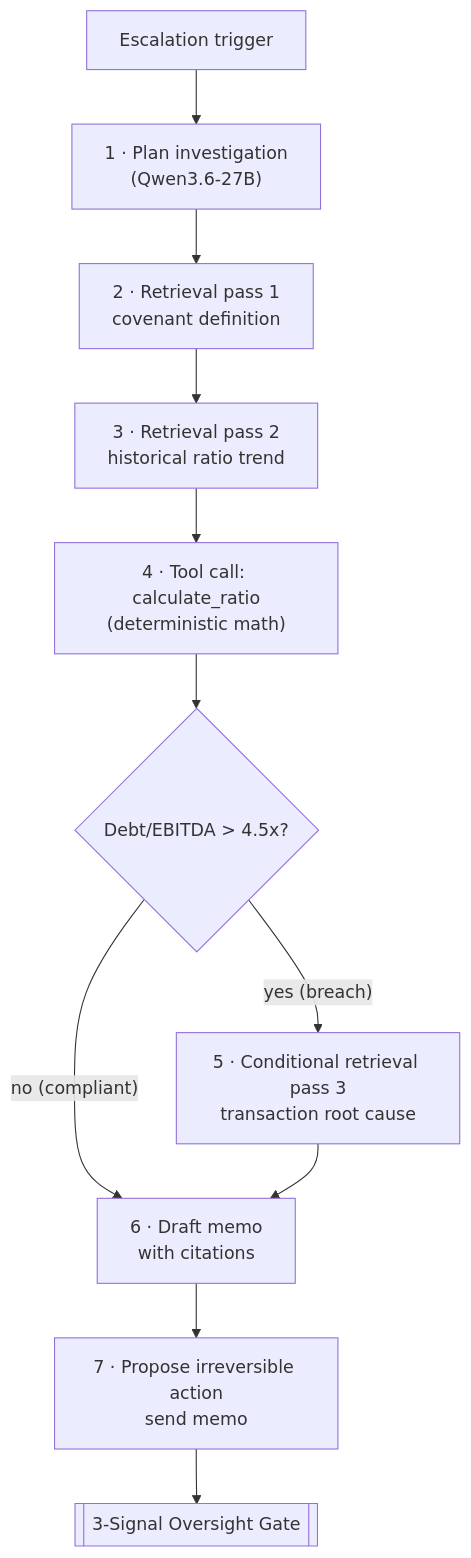
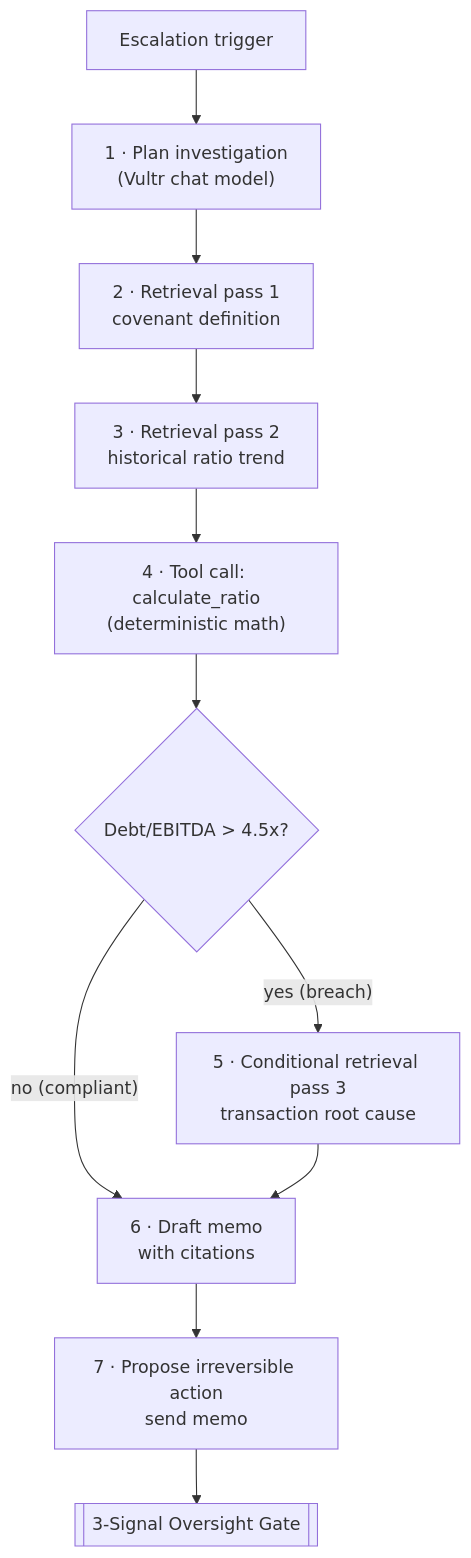
Before and after one commit to knarayanareddy/Sentinel: the first of 4 diagrams in README.md, drawn with Mermaid. The commit also changed other lines of this file and 3 other files, not shown here.

````diff
--- a/README.md
+++ b/README.md
@@ -22,13 +28,13 @@
 ```mermaid
 flowchart TD
-    T[Escalation trigger] --> P["1 · Plan investigation<br/>(Qwen3.6-27B)"]
+    T[Escalation trigger] --> P["1 · Plan investigation<br/>(Vultr chat model)"]
     P --> R1["2 · Retrieval pass 1<br/>covenant definition"]
     R1 --> R2["3 · Retrieval pass 2<br/>historical ratio trend"]
     R2 --> C["4 · Tool call: calculate_ratio<br/>(deterministic math)"]
     C --> B{"Debt/EBITDA > 4.5x?"}
     B -- "yes (breach)" --> R3["5 · Conditional retrieval pass 3<br/>transaction root cause"]
     B -- "no (compliant)" --> D
     R3 --> D["6 · Draft memo<br/>with citations"]
     D --> A["7 · Propose irreversible action<br/>send memo"]
     A --> G[[3-Signal Oversight Gate]]
 ```
````
